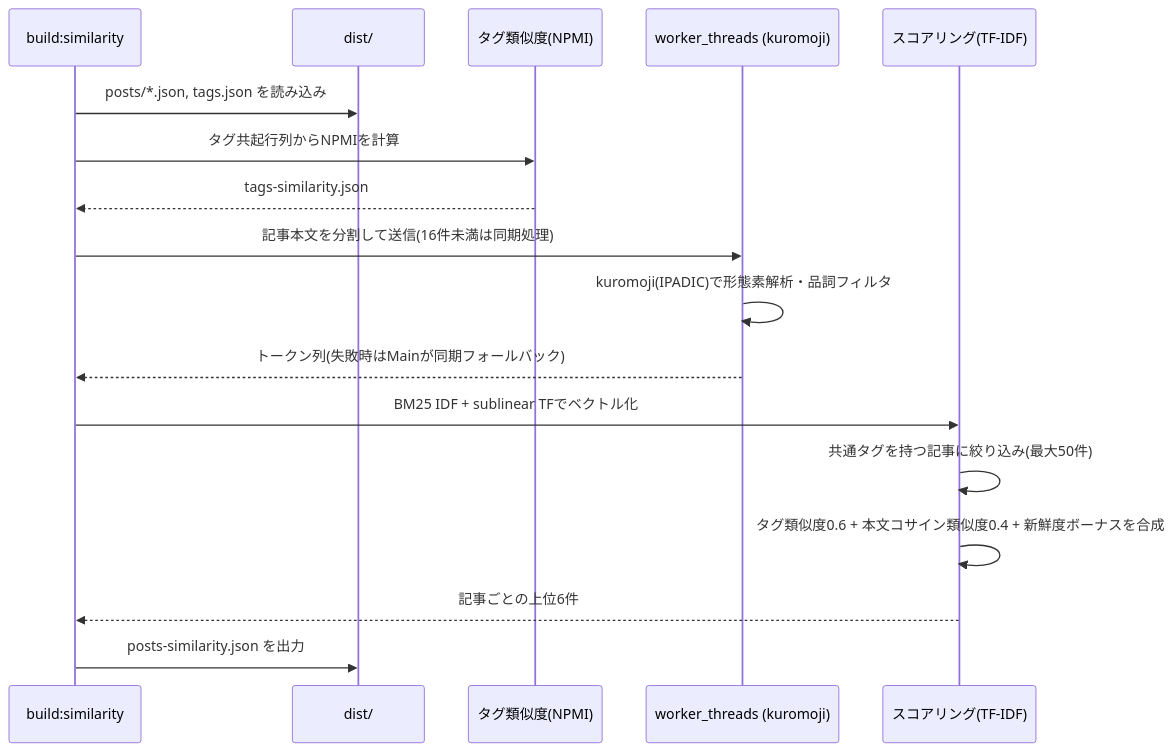
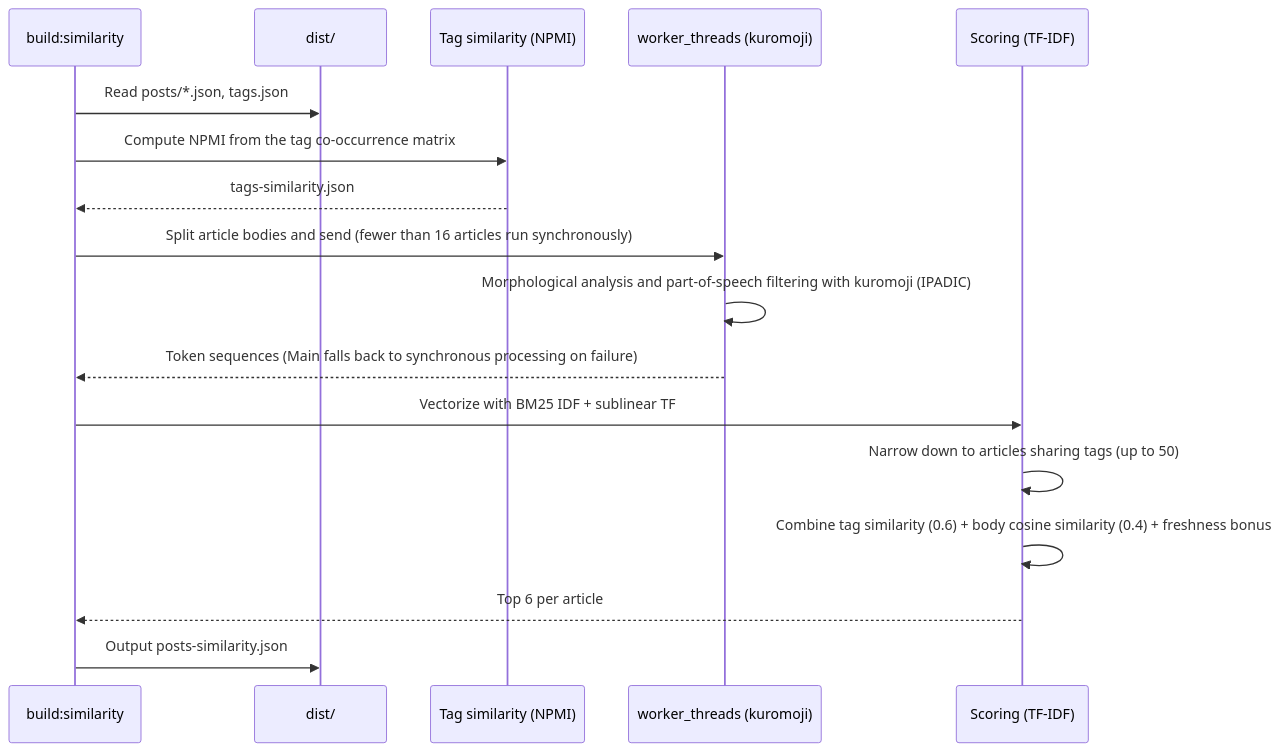
Before and after one commit to hiro0218/b.0218.jp: the third of 4 diagrams in README.md, drawn with Mermaid. The commit also changed other lines of this file, not shown here.

````diff
--- a/README.md
+++ b/README.md
@@ -98,20 +98,20 @@
 ```mermaid
 sequenceDiagram
     participant Main as build:similarity
     participant Dist as dist/
-    participant Tag as タグ類似度(NPMI)
+    participant Tag as Tag similarity (NPMI)
     participant Worker as worker_threads (kuromoji)
-    participant Score as スコアリング(TF-IDF)
+    participant Score as Scoring (TF-IDF)
 
-    Main->>Dist: posts/*.json, tags.json を読み込み
-    Main->>Tag: タグ共起行列からNPMIを計算
+    Main->>Dist: Read posts/*.json, tags.json
+    Main->>Tag: Compute NPMI from the tag co-occurrence matrix
     Tag-->>Main: tags-similarity.json
-    Main->>Worker: 記事本文を分割して送信(16件未満は同期処理)
-    Worker->>Worker: kuromoji(IPADIC)で形態素解析・品詞フィルタ
-    Worker-->>Main: トークン列(失敗時はMainが同期フォールバック)
-    Main->>Score: BM25 IDF + sublinear TFでベクトル化
-    Score->>Score: 共通タグを持つ記事に絞り込み(最大50件)
-    Score->>Score: タグ類似度0.6 + 本文コサイン類似度0.4 + 新鮮度ボーナスを合成
-    Score-->>Main: 記事ごとの上位6件
-    Main->>Dist: posts-similarity.json を出力
+    Main->>Worker: Split article bodies and send (fewer than 16 articles run synchronously)
+    Worker->>Worker: Morphological analysis and part-of-speech filtering with kuromoji (IPADIC)
+    Worker-->>Main: Token sequences (Main falls back to synchronous processing on failure)
+    Main->>Score: Vectorize with BM25 IDF + sublinear TF
+    Score->>Score: Narrow down to articles sharing tags (up to 50)
+    Score->>Score: Combine tag similarity (0.6) + body cosine similarity (0.4) + freshness bonus
+    Score-->>Main: Top 6 per article
+    Main->>Dist: Output posts-similarity.json
 ```
````
